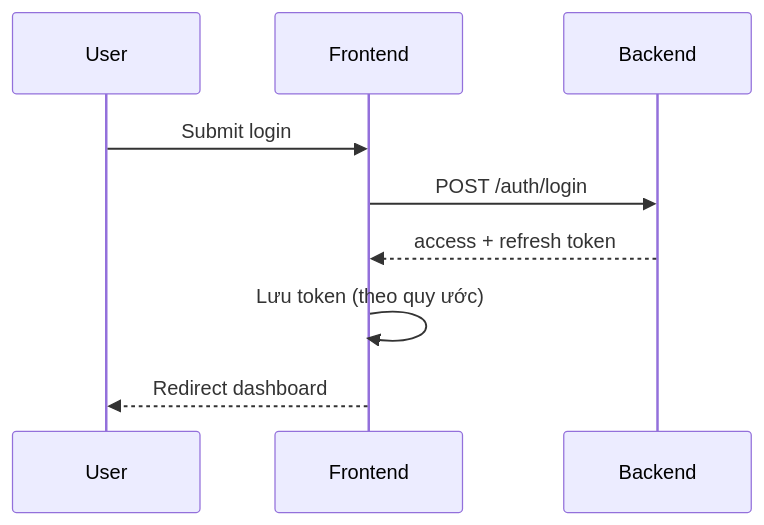
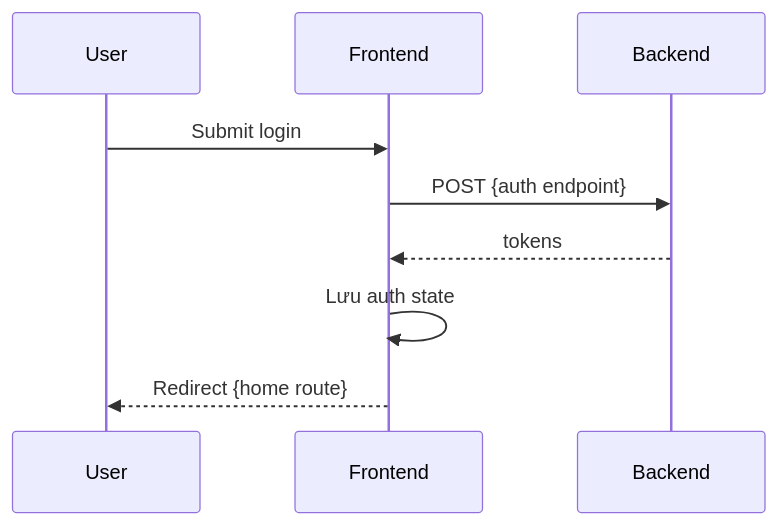
The diagram in .notebook/06_design/basic-design/architecture-fe/_frontend-architecture.template.md (HieuNT44/project-base), drawn with Mermaid before and after one commit. The commit also changed other lines of this file and 76 other files, not shown here.

````diff
--- a/.notebook/06_design/basic-design/architecture-fe/_frontend-architecture.template.md
+++ b/.notebook/06_design/basic-design/architecture-fe/_frontend-architecture.template.md
@@ -68,11 +77,11 @@
 ```mermaid
 sequenceDiagram
     participant U as User
     participant FE as Frontend
     participant BE as Backend
     U->>FE: Submit login
-    FE->>BE: POST /auth/login
-    BE-->>FE: access + refresh token
-    FE->>FE: Lưu token (theo quy ước)
-    FE-->>U: Redirect dashboard
+    FE->>BE: POST {auth endpoint}
+    BE-->>FE: tokens
+    FE->>FE: Lưu auth state
+    FE-->>U: Redirect {home route}
 ```
````
